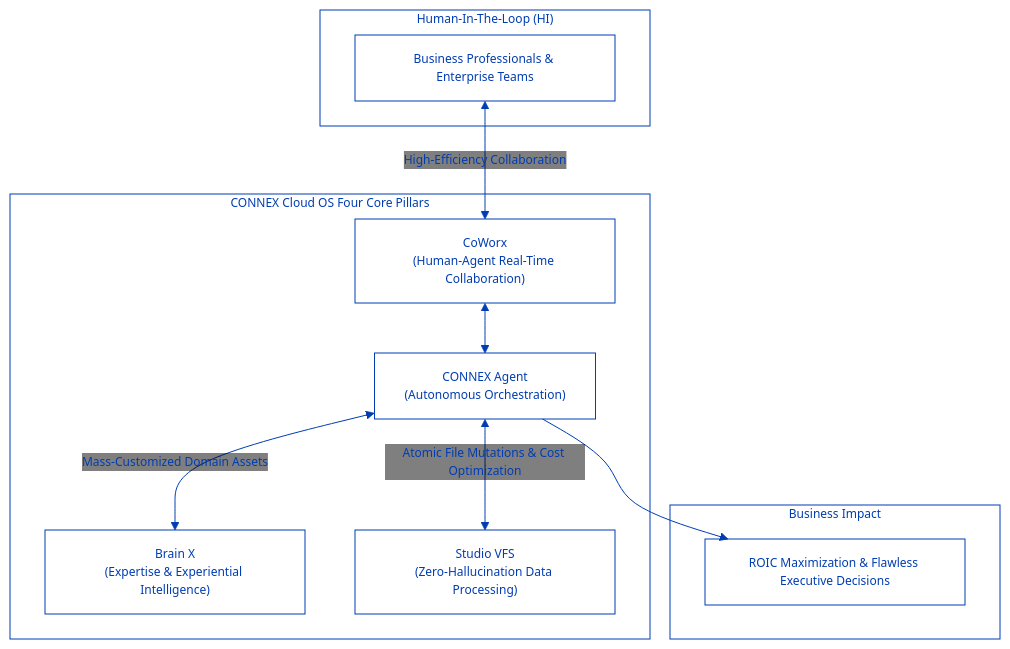
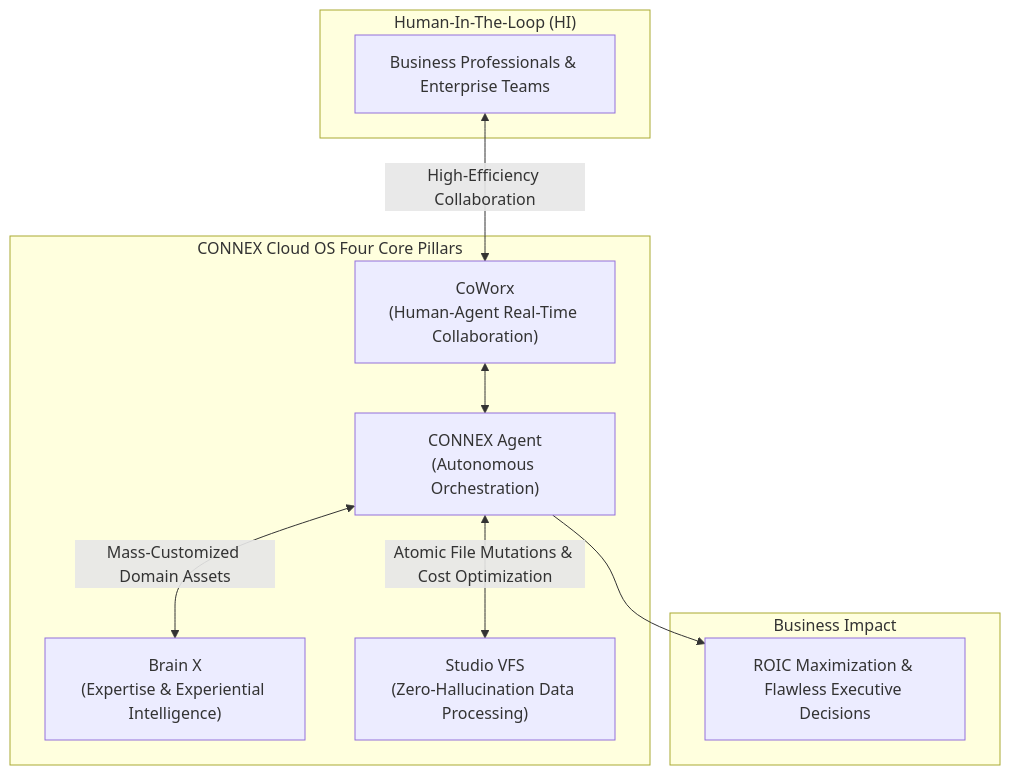
One commit to Connex-Brothers-Consulting-Group/cbcg-hs-connex-docs changed the diagram in README.md. Above: the diagram before and after it, drawn with Mermaid. The commit also changed 17 other files, not shown here.

Commit message:
fix(mermaid): purge hardcoded init directives and leverage Mintlify native theme engine with dynamic dual-theme CSS

````diff
--- a/README.md
+++ b/README.md
@@ -21,47 +21,23 @@
 ```mermaid
-%%{init: {
-  'theme': 'base',
-  'themeVariables': {
-    'background': 'transparent',
-    'primaryColor': 'transparent',
-    'primaryBorderColor': '#003DB3',
-    'primaryTextColor': '#003DB3',
-    'secondaryColor': 'transparent',
-    'secondaryBorderColor': '#003DB3',
-    'secondaryTextColor': '#003DB3',
-    'tertiaryColor': 'transparent',
-    'tertiaryBorderColor': '#003DB3',
-    'tertiaryTextColor': '#003DB3',
-    'clusterBkg': 'transparent',
-    'clusterBorder': '#003DB3',
-    'lineColor': '#003DB3',
-    'textColor': '#003DB3',
-    'edgeLabelBackground': 'transparent',
-    'nodeBorder': '#003DB3',
-    'nodeTextColor': '#003DB3',
-    'fontFamily': 'Inter, -apple-system, BlinkMacSystemFont, sans-serif',
-    'fontSize': '12px'
-  }
-}}%%
 graph TD
     subgraph UserLayer ["Human-In-The-Loop (HI)"]
         User["Business Professionals & Enterprise Teams"]
     end
 
     subgraph CoreOS ["CONNEX Cloud OS Four Core Pillars"]
         Agent["CONNEX Agent<br/>(Autonomous Orchestration)"]
         CoWorx["CoWorx<br/>(Human-Agent Real-Time Collaboration)"]
         BrainX["Brain X<br/>(Expertise & Experiential Intelligence)"]
         Studio["Studio VFS<br/>(Zero-Hallucination Data Processing)"]
     end
 
     subgraph EnterpriseValue ["Business Impact"]
         Value["ROIC Maximization & Flawless Executive Decisions"]
     end
 
     User <-->|High-Efficiency Collaboration| CoWorx
     CoWorx <--> Agent
     Agent <-->|Mass-Customized Domain Assets| BrainX
     Agent <-->|Atomic File Mutations & Cost Optimization| Studio
     Agent --> Value
 ```
````
